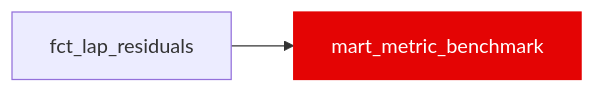
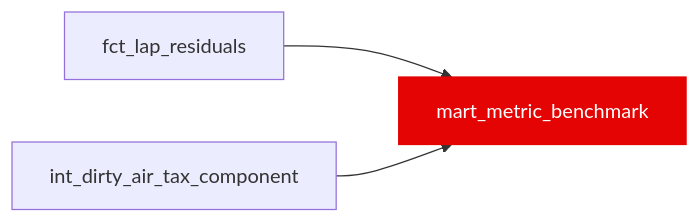
The diagram in docs/reference/models/fct/mart_metric_benchmark.mdx (JustinClarke/off-the-pace), drawn with Mermaid before and after one commit. The commit also changed other lines of this file and 286 other files, not shown here.

````diff
--- a/docs/reference/models/fct/mart_metric_benchmark.mdx
+++ b/docs/reference/models/fct/mart_metric_benchmark.mdx
@@ -15,5 +15,6 @@
 ```mermaid
 flowchart LR
   fct_lap_residuals --> mart_metric_benchmark
+  int_dirty_air_tax_component --> mart_metric_benchmark
   style mart_metric_benchmark fill:#e40404,stroke:#e40404,color:#fff
 ```
````
